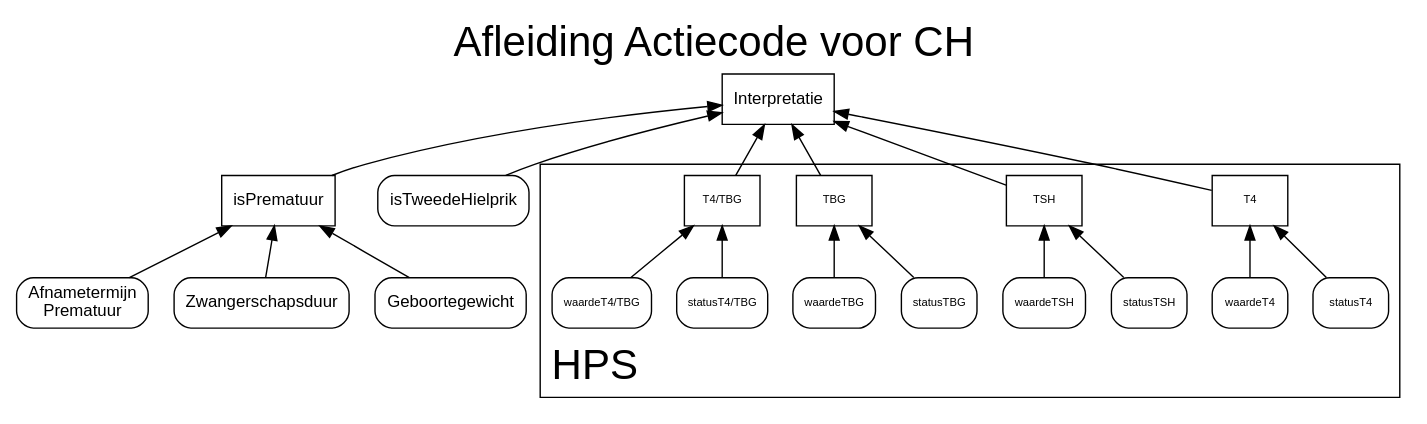
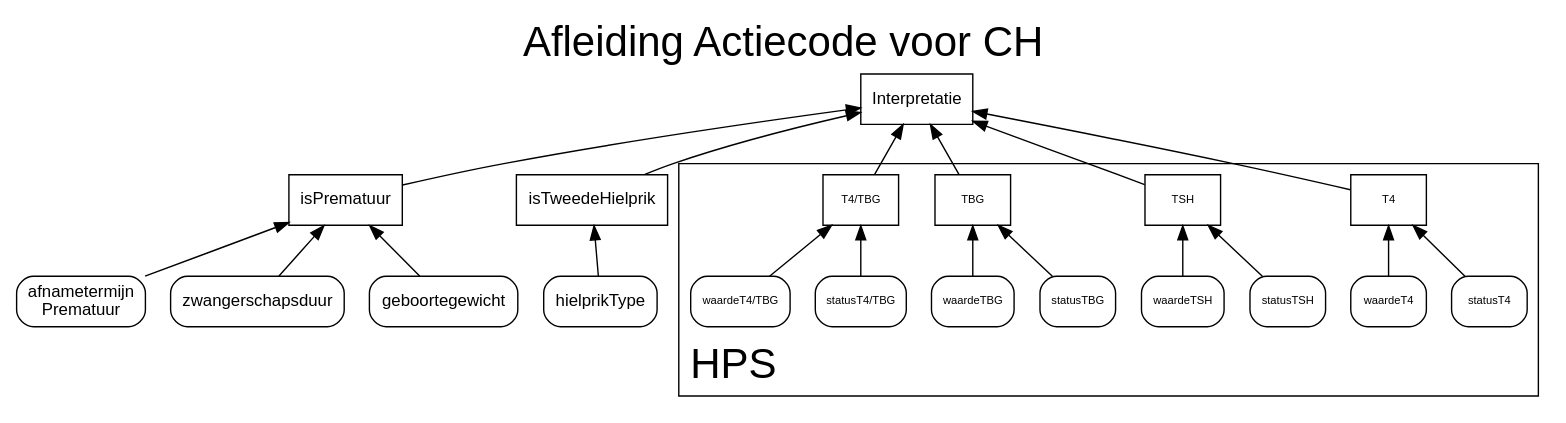
Before and after one commit to hanjoosten/KOGITO-8362: the diagram in src/main/resources/nhs-dmn/CH.gv, drawn with Graphviz.

Commit message:
kleine aanpassingen .gv bestandje

```diff
--- a/src/main/resources/nhs-dmn/CH.gv
+++ b/src/main/resources/nhs-dmn/CH.gv
@@ -1,79 +1,81 @@
 digraph mygraph {
   rankdir="BT"
   fontname="Helvetica,Arial,sans-serif"
   concentrate=true
 graph [charset="UTF-8"
        fontsize=30
        labelloc="t" 
        label="Afleiding Actiecode voor CH" 
        layout="dot"
        splines=true 
        overlap=false 
        rankdir = "BT"]
 
   node [fontname="Helvetica,Arial,sans-serif"
         shape=Mrecord
         fontsize=12]
   edge [fontname="Helvetica,Arial,sans-serif"]
   subgraph cluster_0 {
     label = "HPS";
     node [fontsize=8];
     labelloc="t"
     labeljust=l
 
   T4 [shape=box]
   statusT4 -> T4
   waardeT4 -> T4
 
   TSH [shape=box]
   statusTSH -> TSH
   waardeTSH -> TSH
 
   TBG [shape=box]
   statusTBG -> TBG
   waardeTBG -> TBG
 
   "T4/TBG" [shape=box]
   "statusT4/TBG" -> "T4/TBG"
   "waardeT4/TBG" -> "T4/TBG"
 
   }
 
   // Actiecode [shape=box]
   // isAfwijkend -> Actiecode
   // isDubieus -> Actiecode
   // isTevroegGeprikt -> Actiecode
   // BTNavraagNodig -> Actiecode
 
   isPrematuur [shape=box]
-  "Afnametermijn\nPrematuur" -> isPrematuur
-  Zwangerschapsduur -> isPrematuur
-  Geboortegewicht -> isPrematuur
+  "afnametermijn\nPrematuur" -> isPrematuur
+  zwangerschapsduur -> isPrematuur
+  geboortegewicht -> isPrematuur
 
 
   Interpretatie [shape=box]
   isPrematuur -> Interpretatie
   isTweedeHielprik -> Interpretatie
   T4 -> Interpretatie
   TSH -> Interpretatie
   TBG -> Interpretatie
   "T4/TBG" -> Interpretatie
   
+  isTweedeHielprik [shape=box]
+  hielprikType -> isTweedeHielprik
   // BTNavraagNodig [shape=box]
   // ErWasEenBT -> BTNavraagNodig
   // VoldoendeTijdBT -> BTNavraagNodig
   // TypeBT -> BTNavraagNodig
 
   // VoldoendeTijdBT [shape=box]
   // "BTDatum(Tijd)" -> VoldoendeTijdBT
   // "AfnameDatum(Tijd)" -> VoldoendeTijdBT
 
   // isTevroegGeprikt [shape=box]
   // "GeboorteDatum(Tijd)" -> isTevroegGeprikt
   // "AfnameDatum(Tijd)" -> isTevroegGeprikt
 
 
 
 
 
  }
```
